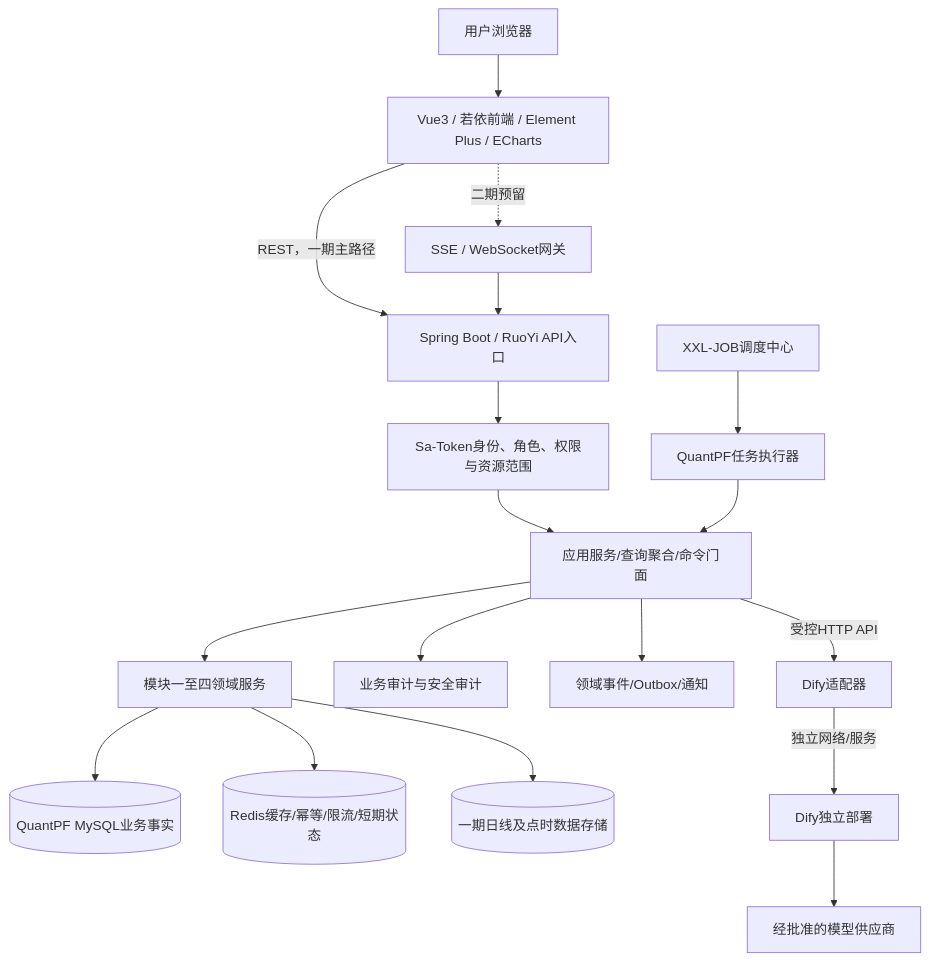
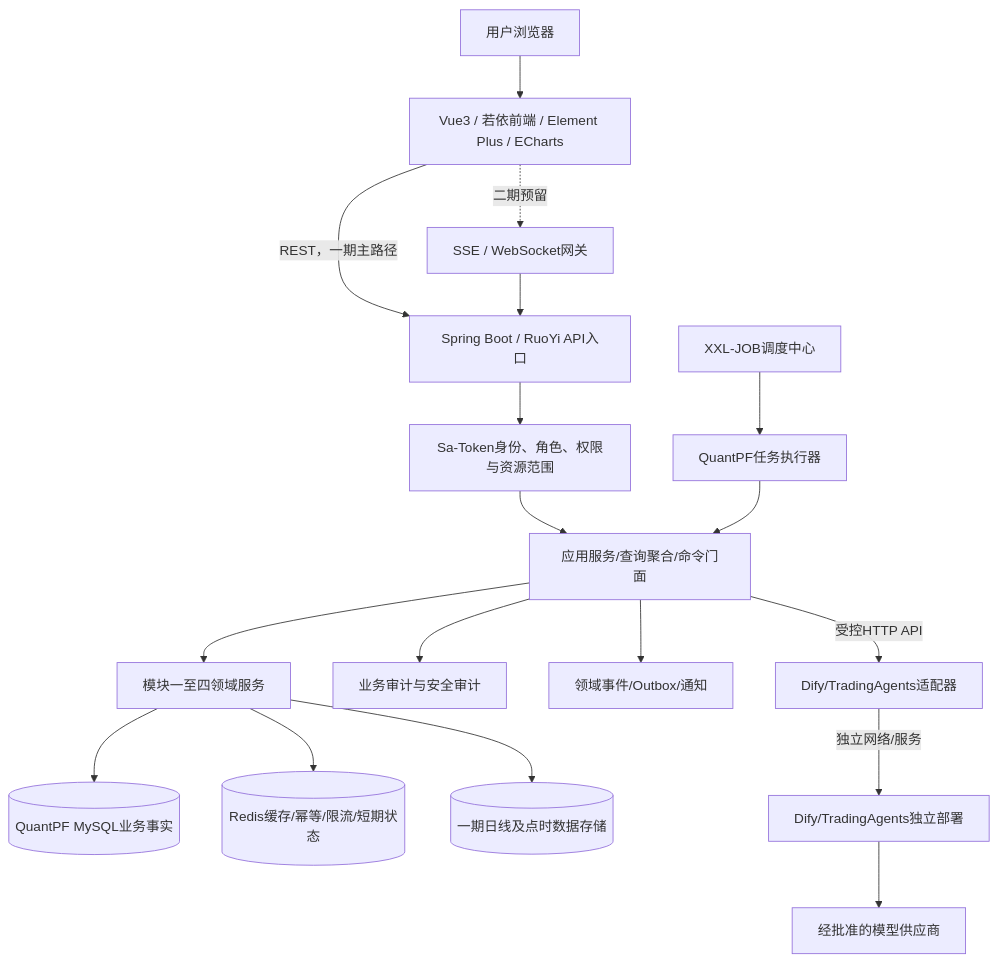
One commit to shaoqf2350/quant changed the first of 8 diagrams in doc/详设文档/详设_5_用户界面与系统支撑详细设计方案.md. Above: the diagram before and after it, drawn with Mermaid. The commit also changed other lines of this file and 100 other files, not shown here.

````diff
--- a/doc/详设文档/详设_5_用户界面与系统支撑详细设计方案.md
+++ b/doc/详设文档/详设_5_用户界面与系统支撑详细设计方案.md
@@ -338,20 +345,20 @@
 ```mermaid
 flowchart TB
   U[用户浏览器] --> FE[Vue3 / 若依前端 / Element Plus / ECharts]
   FE -->|REST，一期主路径| GW[Spring Boot / RuoYi API入口]
   FE -.->|二期预留| PUSH[SSE / WebSocket网关]
   PUSH --> GW
   GW --> AUTH[Sa-Token身份、角色、权限与资源范围]
   AUTH --> APP[应用服务/查询聚合/命令门面]
   APP --> BIZ[模块一至四领域服务]
   BIZ --> DB[(QuantPF MySQL业务事实)]
   BIZ --> RD[(Redis缓存/幂等/限流/短期状态)]
   BIZ --> TS[(一期日线及点时数据存储)]
   APP --> AUD[业务审计与安全审计]
   APP --> EVT[领域事件/Outbox/通知]
   JOB[XXL-JOB调度中心] --> EX[QuantPF任务执行器]
   EX --> APP
-  APP -->|受控HTTP API| ADAPTER[Dify适配器]
-  ADAPTER -->|独立网络/服务| DIFY[Dify独立部署]
+  APP -->|受控HTTP API| ADAPTER[Dify/TradingAgents适配器]
+  ADAPTER -->|独立网络/服务| DIFY[Dify/TradingAgents独立部署]
   DIFY --> MODEL[经批准的模型供应商]
 ```
````
